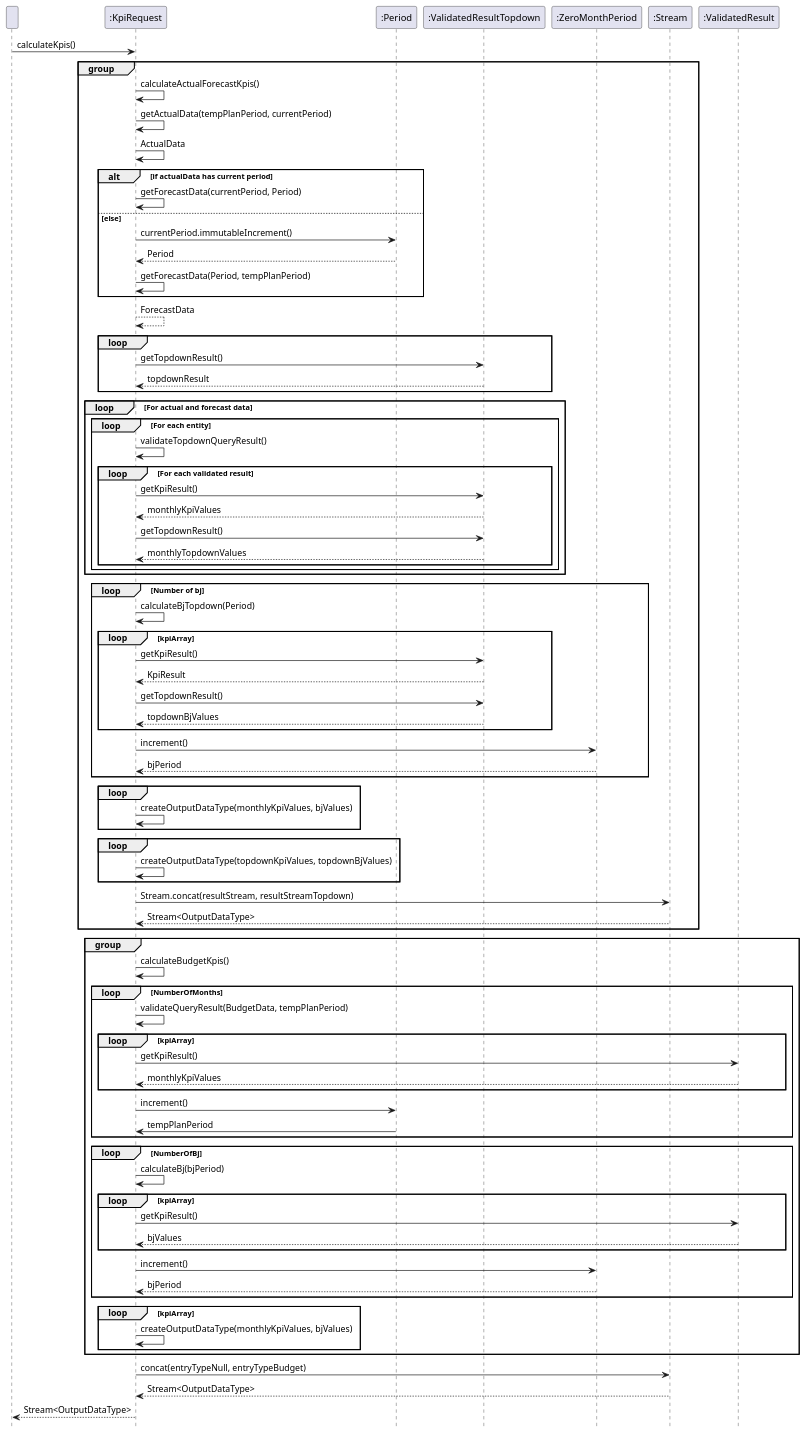
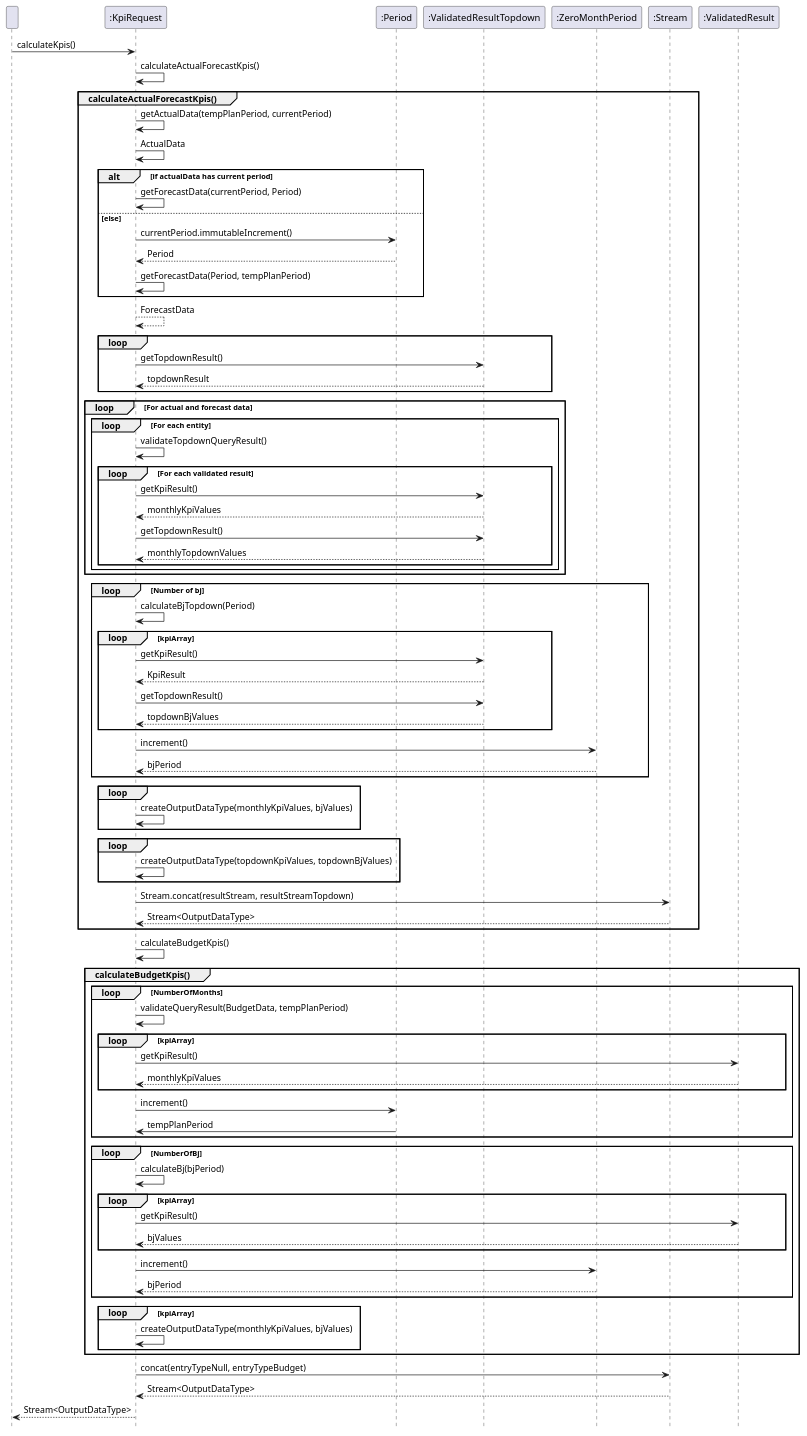
One commit to wagnst/forecast-cassandra changed the diagram in diagrams/sequence/sequence_KpiRequest.puml. Above: the diagram before and after it, drawn with PlantUML.

Commit message:
update sequence_KpiRequest diagramm

```diff
--- a/diagrams/sequence/sequence_KpiRequest.puml
+++ b/diagrams/sequence/sequence_KpiRequest.puml
@@ -1,96 +1,97 @@
 @startuml
 hide footbox
 participant  " "
 participant  ":KpiRequest"
 participant  ":Period"
 participant  ":ValidatedResultTopdown"
 participant  ":ZeroMonthPeriod"
 
 
 " " -> ":KpiRequest" : calculateKpis()
-group
+
 ":KpiRequest" -> ":KpiRequest" : calculateActualForecastKpis()
+group calculateActualForecastKpis()
 ":KpiRequest" -> ":KpiRequest" : getActualData(tempPlanPeriod, currentPeriod)
 ":KpiRequest" -> ":KpiRequest" : ActualData
 alt if actualData has current period
     ":KpiRequest" -> ":KpiRequest" : getForecastData(currentPeriod, Period)
     else else
     ":KpiRequest" -> ":Period" : currentPeriod.immutableIncrement()
     ":Period" --> ":KpiRequest" : Period
     ":KpiRequest" -> ":KpiRequest" : getForecastData(Period, tempPlanPeriod)
 end
     ":KpiRequest" --> ":KpiRequest" : ForecastData
 
 loop
 ":KpiRequest" -> ":ValidatedResultTopdown" : getTopdownResult()
 ":ValidatedResultTopdown" --> ":KpiRequest" : topdownResult
 end
 
 loop For actual and forecast data
    loop For each entity
          ":KpiRequest" -> ":KpiRequest" : validateTopdownQueryResult()
         loop For each validated result
             ":KpiRequest" -> ":ValidatedResultTopdown" : getKpiResult()
             ":ValidatedResultTopdown" --> ":KpiRequest" : monthlyKpiValues
             ":KpiRequest" -> ":ValidatedResultTopdown" : getTopdownResult()
             ":ValidatedResultTopdown" --> ":KpiRequest" : monthlyTopdownValues
         end
    end
 end
 
 loop Number of bj
     ":KpiRequest" -> ":KpiRequest" : calculateBjTopdown(Period)
     loop kpiArray
         ":KpiRequest" -> ":ValidatedResultTopdown" : getKpiResult()
         ":ValidatedResultTopdown" --> ":KpiRequest" : KpiResult
         ":KpiRequest" -> ":ValidatedResultTopdown" : getTopdownResult()
         ":ValidatedResultTopdown" --> ":KpiRequest" : topdownBjValues
     end
     ":KpiRequest" -> ":ZeroMonthPeriod" : increment()
     ":ZeroMonthPeriod" --> ":KpiRequest" : bjPeriod
 end
 
 loop
        ":KpiRequest" -> ":KpiRequest" : createOutputDataType(monthlyKpiValues, bjValues)
 end
 
 loop
     ":KpiRequest" -> ":KpiRequest" : createOutputDataType(topdownKpiValues, topdownBjValues)
 end
 
 ":KpiRequest" -> ":Stream" : Stream.concat(resultStream, resultStreamTopdown)
 ":Stream" --> ":KpiRequest" : Stream<OutputDataType>
 end
-group
+
 ":KpiRequest" -> ":KpiRequest" : calculateBudgetKpis()
-
+group calculateBudgetKpis()
 loop NumberOfMonths
     ":KpiRequest" -> ":KpiRequest" : validateQueryResult(BudgetData, tempPlanPeriod)
     loop kpiArray
         ":KpiRequest" -> ":ValidatedResult" : getKpiResult()
         ":ValidatedResult" --> ":KpiRequest" : monthlyKpiValues
     end
         ":KpiRequest" -> ":Period" : increment()
         ":Period" -> ":KpiRequest" : tempPlanPeriod
 end
 
 loop NumberOfBj
     ":KpiRequest" -> ":KpiRequest" : calculateBj(bjPeriod)
     loop kpiArray
         ":KpiRequest" -> ":ValidatedResult": getKpiResult()
         ":ValidatedResult" --> ":KpiRequest": bjValues
     end
     ":KpiRequest" -> ":ZeroMonthPeriod" : increment()
     ":ZeroMonthPeriod" --> ":KpiRequest" : bjPeriod
 end
 
 loop kpiArray
     ":KpiRequest" -> ":KpiRequest" : createOutputDataType(monthlyKpiValues, bjValues)
 end
 end
 
 ":KpiRequest" -> ":Stream" : concat(entryTypeNull, entryTypeBudget)
 ":Stream" --> ":KpiRequest" : Stream<OutputDataType>
 
 ":KpiRequest" --> " " : Stream<OutputDataType>
 @enduml
```
